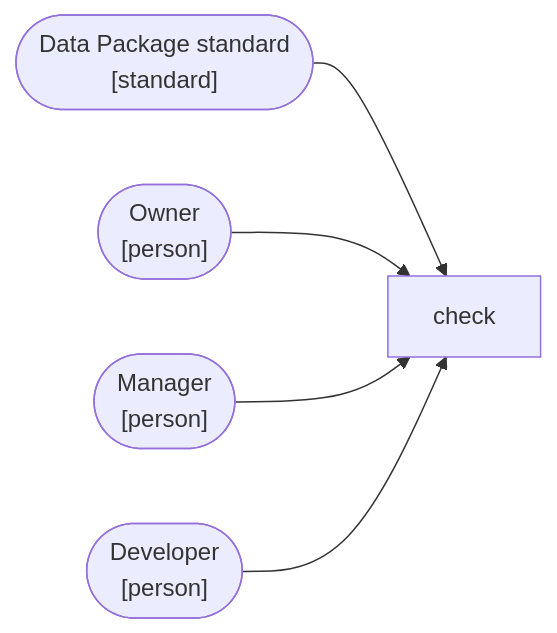
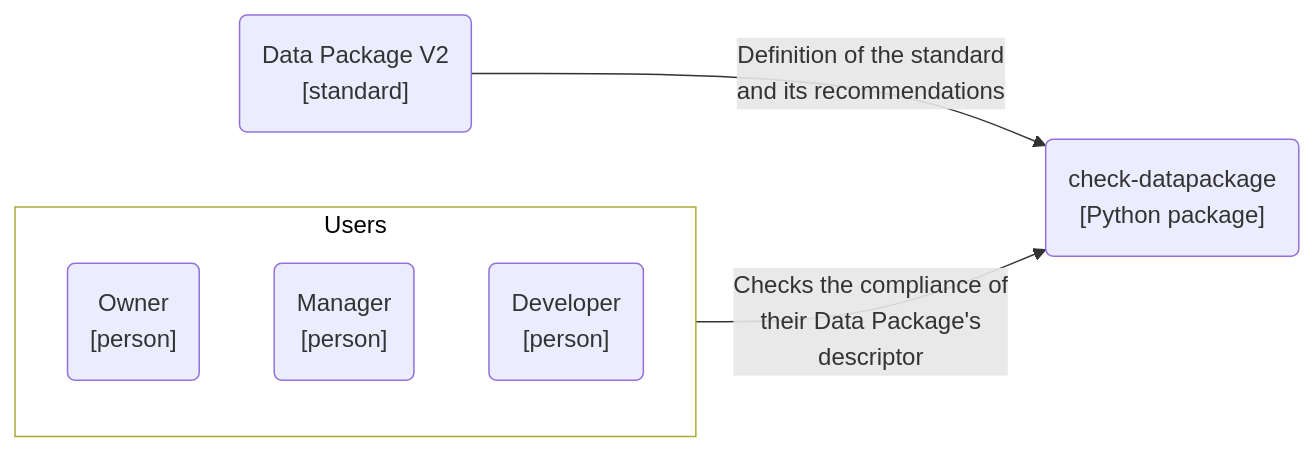
The first of 2 diagrams in docs/design/architecture.qmd (seedcase-project/check-datapackage), drawn with Mermaid before and after one commit. The commit also changed other lines of this file, not shown here.

First line of the commit message:
docs: 📝 update c4 system context text and diagram (#119)

````diff
--- a/docs/design/architecture.qmd
+++ b/docs/design/architecture.qmd
@@ -52,15 +57,21 @@
 ```{mermaid}
 %%| label: fig-c4-context
-%%| fig-cap: "C4 Context diagram showing a very basic overview of `check-datapackage` and its anticipated users."
+%%| fig-cap: "C4 system context diagram showing the anticipated users and the external system (the Data Package standard) `check-datapackage` interacts with."
 flowchart LR
-    user_owner(["Owner<br>[person]"])
-    user_manager(["Manager<br>[person]"])
-    user_developer(["Developer<br>[person]"])
-    ext_dp_schema(["Data Package standard<br>[standard]"])
-    check
 
-    ext_dp_schema --> check
-    user_owner --> check
-    user_manager --> check
-    user_developer --> check
+    subgraph "Users"
+        user_owner("Owner<br>[person]")
+        user_manager("Manager<br>[person]")
+        user_developer("Developer<br>[person]")
+    end
+
+    dp_standard("Data Package V2<br>[standard]")
+    check("check-datapackage<br>[Python package]")
+
+
+    dp_standard --"Definition of the standard<br>and its recommendations"--> check
+    Users --"Checks the compliance of<br>their Data Package's<br>descriptor"--> check
+
+    %% Styling
+    style Users fill:#FFFFFF, color:#000000
 ```
````
